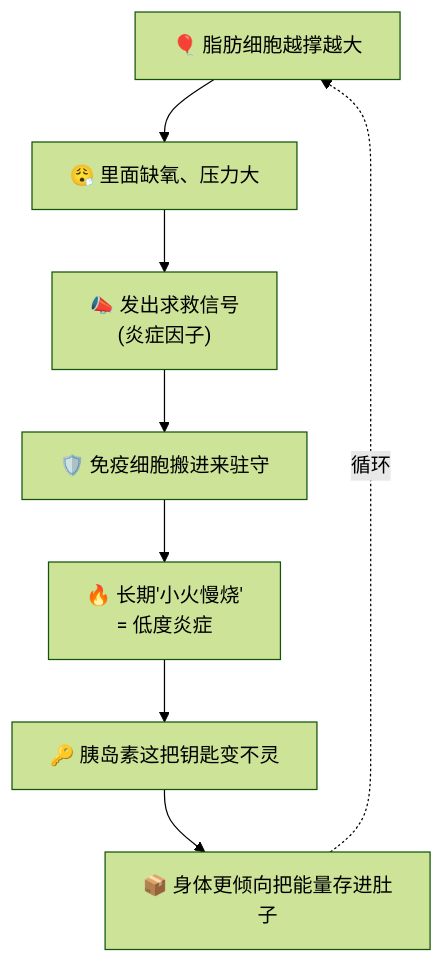
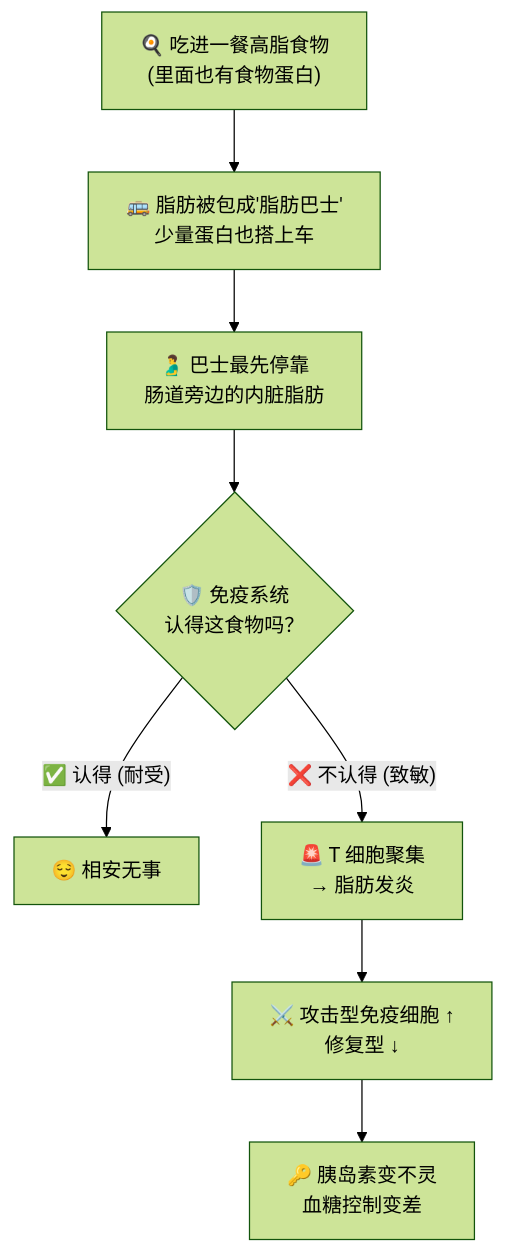
The second of 3 diagrams in food-sensitivity-inflammation-fat/00_故事架构.md (fcway-raw/woork), drawn with Mermaid (forest theme) before and after one commit. The commit also changed other lines of this file, not shown here.

````diff
--- a/food-sensitivity-inflammation-fat/00_故事架构.md
+++ b/food-sensitivity-inflammation-fat/00_故事架构.md
@@ -60,10 +70,10 @@
 ```mermaid
 flowchart TD
-    S1["🎈 脂肪细胞越撑越大"] --> S2["😮‍💨 里面缺氧、压力大"]
-    S2 --> S3["📣 发出求救信号<br/>(炎症因子)"]
-    S3 --> S4["🛡️ 免疫细胞搬进来驻守"]
-    S4 --> S5["🔥 长期'小火慢烧'<br/>= 低度炎症"]
-    S5 --> S6["🔑 胰岛素这把钥匙变不灵"]
-    S6 --> S7["📦 身体更倾向把能量存进肚子"]
-    S7 -.->|循环| S1
+    S1["🍳 吃进一餐高脂食物<br/>(里面也有食物蛋白)"] --> S2["🚌 脂肪被包成'脂肪巴士'<br/>少量蛋白也搭上车"]
+    S2 --> S3["🫃 巴士最先停靠<br/>肠道旁边的内脏脂肪"]
+    S3 --> S4{"🛡️ 免疫系统<br/>认得这食物吗？"}
+    S4 -->|"✅ 认得 (耐受)"| S5["😌 相安无事"]
+    S4 -->|"❌ 不认得 (致敏)"| S6["🚨 T 细胞聚集<br/>→ 脂肪发炎"]
+    S6 --> S7["⚔️ 攻击型免疫细胞 ↑<br/>修复型 ↓"]
+    S7 --> S8["🔑 胰岛素变不灵<br/>血糖控制变差"]
 ```
````
